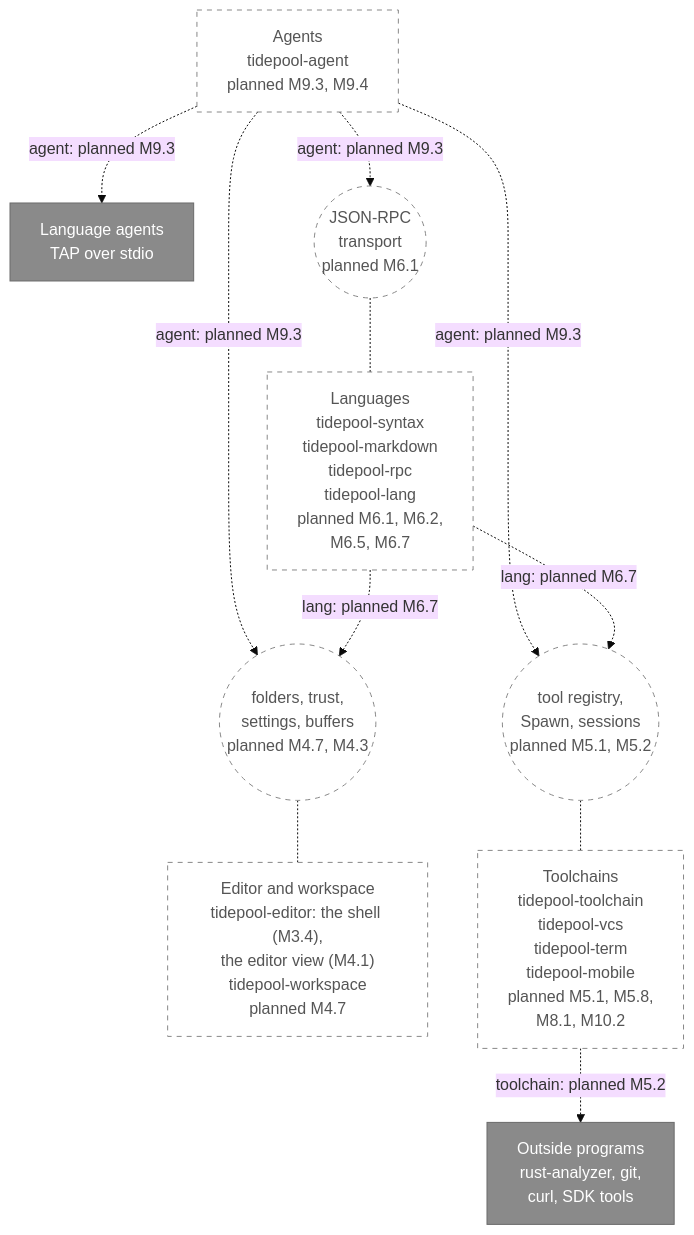
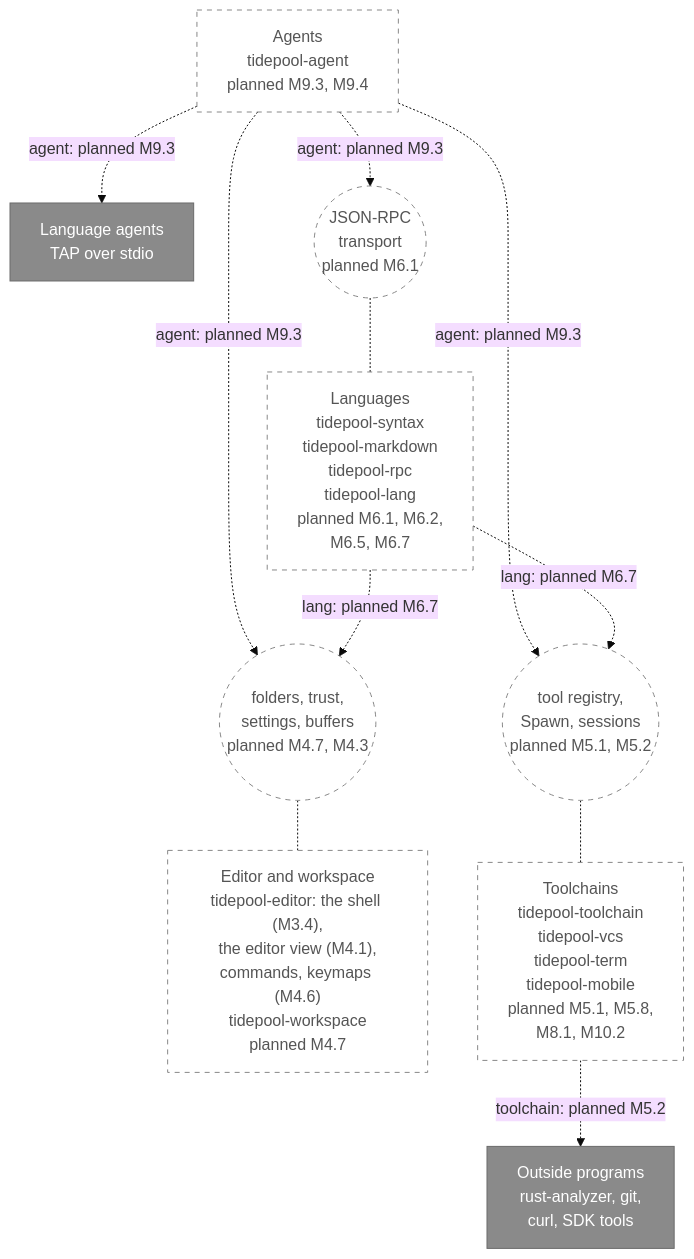
The second of 21 diagrams in diagrams/component-diagrams.md (jabbott-iii/Tidepool), drawn with Mermaid (base theme) before and after one commit. The commit also changed other lines of this file and 41 other files, not shown here.

````diff
--- a/diagrams/component-diagrams.md
+++ b/diagrams/component-diagrams.md
@@ -133,29 +133,29 @@
 ```mermaid
 flowchart TB
     c_agents["Agents<br/>tidepool-agent<br/>planned M9.3, M9.4"]
     e_agents["Language agents<br/>TAP over stdio"]
     i_rpc(("JSON-RPC<br/>transport<br/>planned M6.1"))
     c_lang["Languages<br/>tidepool-syntax<br/>tidepool-markdown<br/>tidepool-rpc<br/>tidepool-lang<br/>planned M6.1, M6.2,<br/>M6.5, M6.7"]
     i_ws(("folders, trust,<br/>settings, buffers<br/>planned M4.7, M4.3"))
     i_tools(("tool registry,<br/>Spawn, sessions<br/>planned M5.1, M5.2"))
-    c_editor["Editor and workspace<br/>tidepool-editor: the shell (M3.4),<br/>the editor view (M4.1)<br/>tidepool-workspace<br/>planned M4.7"]
+    c_editor["Editor and workspace<br/>tidepool-editor: the shell (M3.4),<br/>the editor view (M4.1),<br/>commands, keymaps (M4.6)<br/>tidepool-workspace<br/>planned M4.7"]
     c_tools["Toolchains<br/>tidepool-toolchain<br/>tidepool-vcs<br/>tidepool-term<br/>tidepool-mobile<br/>planned M5.1, M5.8,<br/>M8.1, M10.2"]
     e_progs["Outside programs<br/>rust-analyzer, git,<br/>curl, SDK tools"]
 
     c_agents -.->|"agent: planned M9.3"| e_agents
     c_agents -.->|"agent: planned M9.3"| i_rpc
     c_agents -.->|"agent: planned M9.3"| i_ws
     c_agents -.->|"agent: planned M9.3"| i_tools
     i_rpc -.- c_lang
     c_lang -.->|"lang: planned M6.7"| i_ws
     c_lang -.->|"lang: planned M6.7"| i_tools
     i_ws -.- c_editor
     i_tools -.- c_tools
     c_tools -.->|"toolchain: planned M5.2"| e_progs
 
     classDef external fill:#8a8a8a,stroke:#6b6b6b,color:#ffffff
     classDef planned fill:#ffffff,stroke:#888888,stroke-dasharray: 5 5,color:#555555
     class c_agents,c_lang,c_editor,c_tools planned
     class i_rpc,i_ws,i_tools planned
     class e_agents,e_progs external
 ```
````
